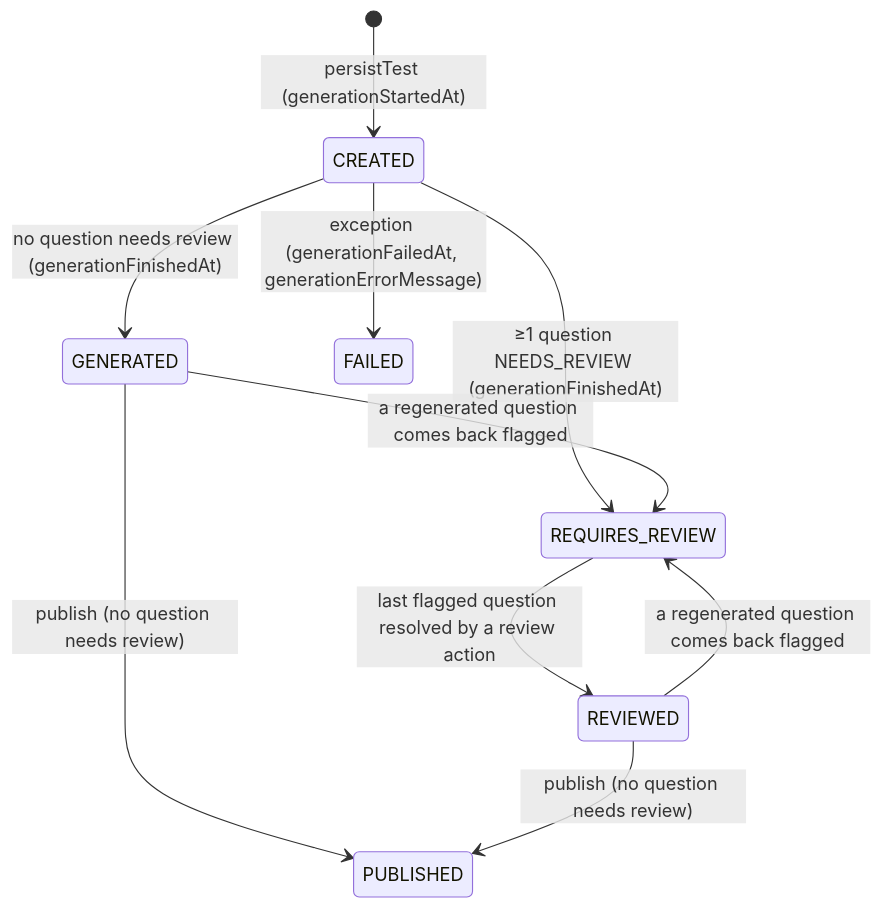
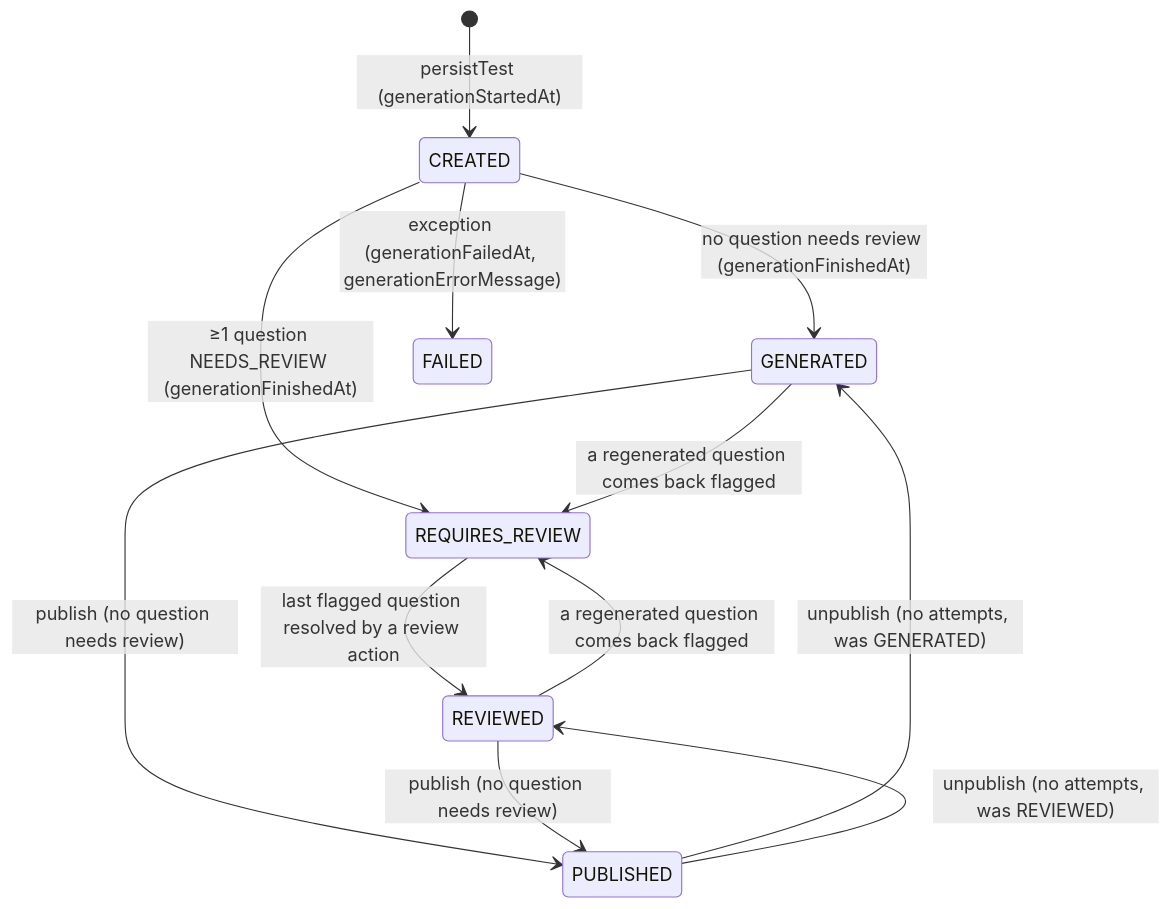
One commit to irina981/know-gauge changed the fourth of 5 diagrams in docs/architecture/03-domain-model.md. Above: the diagram before and after it, drawn with Mermaid. The commit also changed other lines of this file and 17 other files, not shown here.

First line of the commit message:
feat(review,api): Unpublish tests that have no attempts

````diff
--- a/docs/architecture/03-domain-model.md
+++ b/docs/architecture/03-domain-model.md
@@ -112,12 +112,14 @@
 ```mermaid
 stateDiagram-v2
     [*] --> CREATED: persistTest (generationStartedAt)
     CREATED --> GENERATED: no question needs review (generationFinishedAt)
     CREATED --> REQUIRES_REVIEW: ≥1 question NEEDS_REVIEW (generationFinishedAt)
     CREATED --> FAILED: exception (generationFailedAt, generationErrorMessage)
     REQUIRES_REVIEW --> REVIEWED: last flagged question resolved by a review action
     GENERATED --> REQUIRES_REVIEW: a regenerated question comes back flagged
     REVIEWED --> REQUIRES_REVIEW: a regenerated question comes back flagged
     GENERATED --> PUBLISHED: publish (no question needs review)
     REVIEWED --> PUBLISHED: publish (no question needs review)
+    PUBLISHED --> GENERATED: unpublish (no attempts, was GENERATED)
+    PUBLISHED --> REVIEWED: unpublish (no attempts, was REVIEWED)
 ```
````
